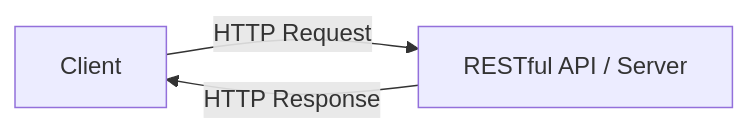
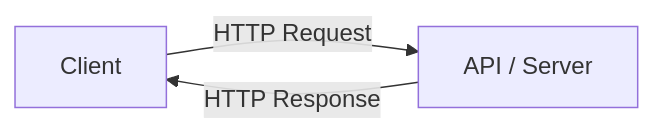
One commit to reltronersk/skill-wanderer-progress-documentation changed the first of 8 diagrams in module-0-1/README.md. Above: the diagram before and after it, drawn with Mermaid. The commit also changed other lines of this file, not shown here.

````diff
--- a/module-0-1/README.md
+++ b/module-0-1/README.md
@@ -65,5 +61,5 @@
-```mermaid
+``` mermaid
 flowchart LR
-    A[Client] -->|HTTP Request| B[RESTful API / Server]
-    B -->|HTTP Response| A
+    A["Client"] -->|"HTTP Request"| B["API / Server"]
+    B -->|"HTTP Response"| A
 ```
````
